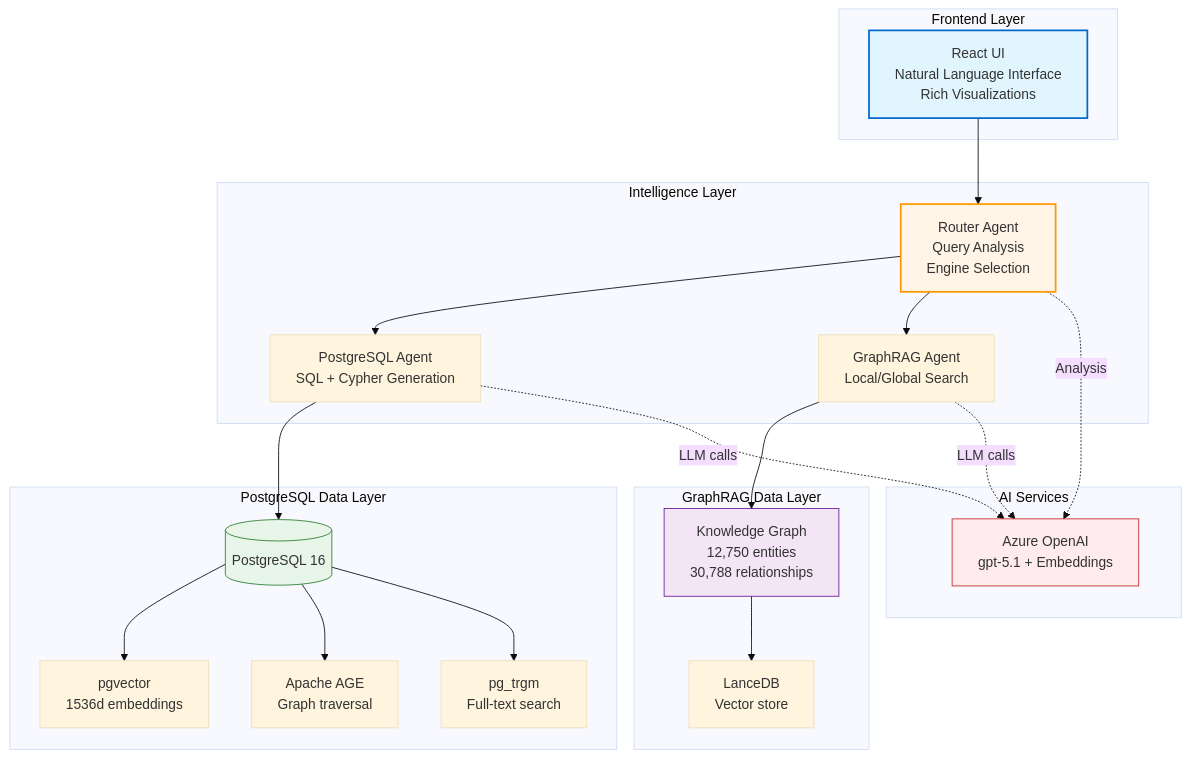
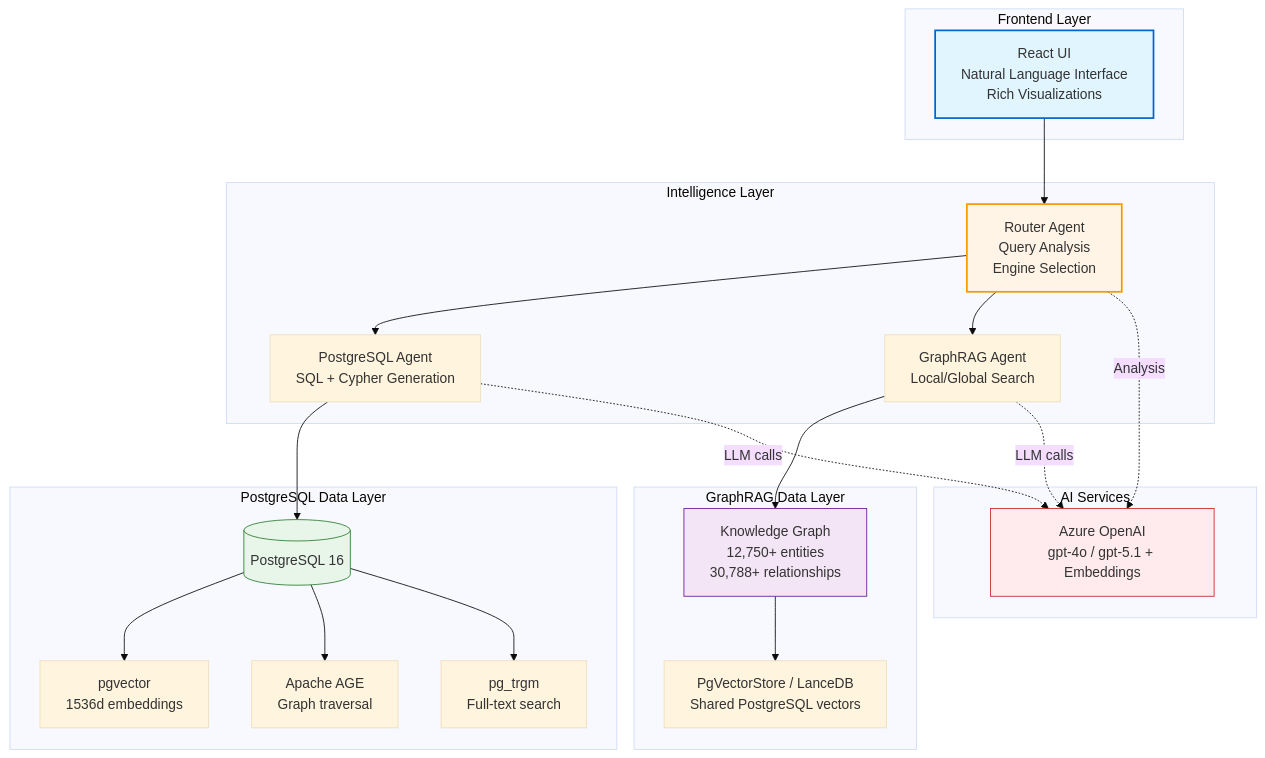
One commit to james-tn/graph changed the fifth of 7 diagrams in contract_intelligence/README.md. Above: the diagram before and after it, drawn with Mermaid (base theme). The commit also changed other lines of this file and 23 other files, not shown here.

First line of the commit message:
feat: migrate to GraphRAG v3.0.2, Agent Framework rc1, PgVectorStore, AGE 1.6.0

````diff
--- a/contract_intelligence/README.md
+++ b/contract_intelligence/README.md
@@ -267,50 +269,50 @@
 ```mermaid
 graph TB
     subgraph "Frontend Layer"
         UI["React UI<br/>Natural Language Interface<br/>Rich Visualizations"]
     end
     
     subgraph "Intelligence Layer"
         Router["Router Agent<br/>Query Analysis<br/>Engine Selection"]
         PG_Agent["PostgreSQL Agent<br/>SQL + Cypher Generation"]
         GR_Agent["GraphRAG Agent<br/>Local/Global Search"]
     end
     
     subgraph "PostgreSQL Data Layer"
         PG_DB[("PostgreSQL 16")]
         PG_Vec["pgvector<br/>1536d embeddings"]
         PG_AGE["Apache AGE<br/>Graph traversal"]
         PG_FTS["pg_trgm<br/>Full-text search"]
     end
     
     subgraph "GraphRAG Data Layer"
-        GR_Data["Knowledge Graph<br/>12,750 entities<br/>30,788 relationships"]
-        GR_Vec["LanceDB<br/>Vector store"]
+        GR_Data["Knowledge Graph<br/>12,750+ entities<br/>30,788+ relationships"]
+        GR_Vec["PgVectorStore / LanceDB<br/>Shared PostgreSQL vectors"]
     end
     
     subgraph "AI Services"
-        Azure["Azure OpenAI<br/>gpt-5.1 + Embeddings"]
+        Azure["Azure OpenAI<br/>gpt-4o / gpt-5.1 + Embeddings"]
     end
     
     UI --> Router
     Router --> PG_Agent
     Router --> GR_Agent
     
     PG_Agent --> PG_DB
     PG_DB --> PG_Vec
     PG_DB --> PG_AGE
     PG_DB --> PG_FTS
     
     GR_Agent --> GR_Data
     GR_Data --> GR_Vec
     
     PG_Agent -.->|LLM calls| Azure
     GR_Agent -.->|LLM calls| Azure
     Router -.->|Analysis| Azure
     
     style UI fill:#e1f5ff,stroke:#0066cc,stroke-width:2px
     style Router fill:#fff4e6,stroke:#ff9800,stroke-width:2px
     style PG_DB fill:#e8f5e9,stroke:#2e7d32
     style GR_Data fill:#f3e5f5,stroke:#6a1b9a
     style Azure fill:#ffebee,stroke:#c62828
 ```
````
